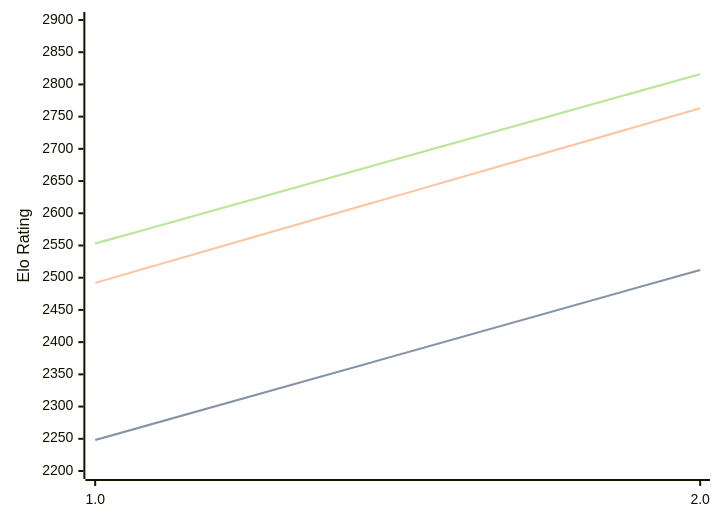
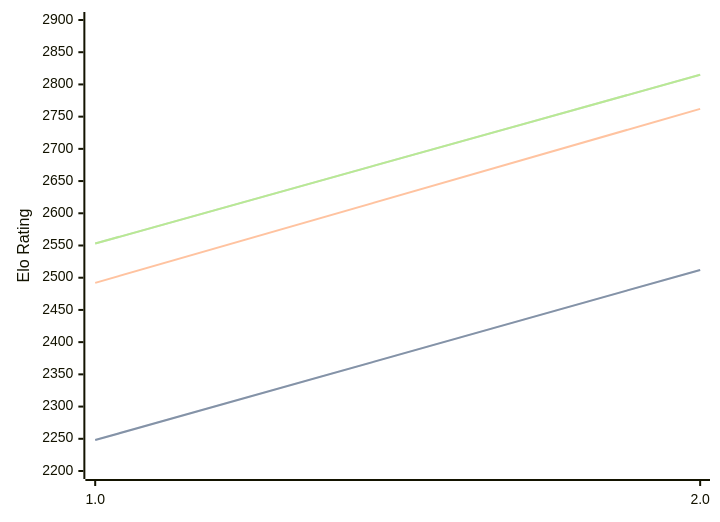
One commit to computer-chess-index/cci changed the diagram in engines/Revolver.md. Above: the diagram before and after it, drawn with Mermaid. The commit also changed other lines of this file, not shown here.

Commit message:
Update CCI Ratings (ELO VLTC) - 2026-08-03

````diff
--- a/engines/Revolver.md
+++ b/engines/Revolver.md
@@ -32,11 +32,11 @@
 ```mermaid
 %%{init: {"theme":"base","themeVariables":{"seriesColors:['#a3a3a3','#222221','#faa371']}}}%%
 xychart-beta
   x-axis ["1.0", "2.0"]
   y-axis "Elo Rating" 2200 --> 2900
   line "STC (8.0+0.08s)" [2248, 2512]
   line "STC (8.0+0.08s)" [2248, 2512]
-  line "LTC (60.0+0.60s)" [2492, 2763]
-  line "VLTC (2m24s+1.12s)" [2553, 2816]
-  line "VLTC (2m24s+1.12s)" [2553, 2816]
+  line "LTC (60.0+0.60s)" [2492, 2762]
+  line "VLTC (2m24s+1.12s)" [2553, 2815]
+  line "VLTC (2m24s+1.12s)" [2553, 2815]
 ```
````
